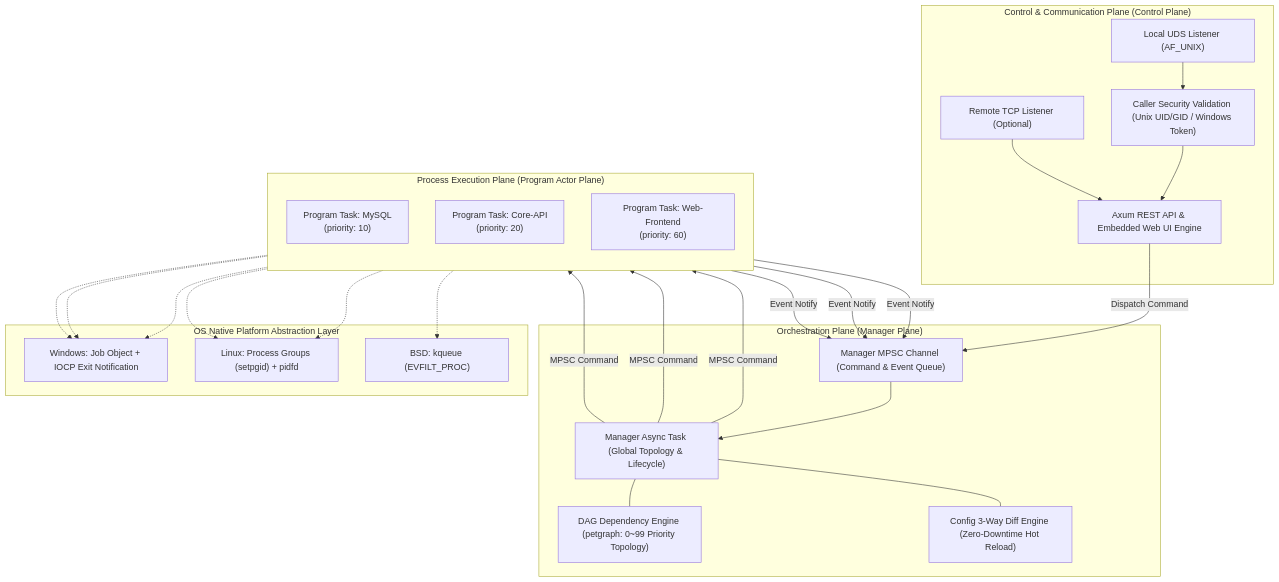
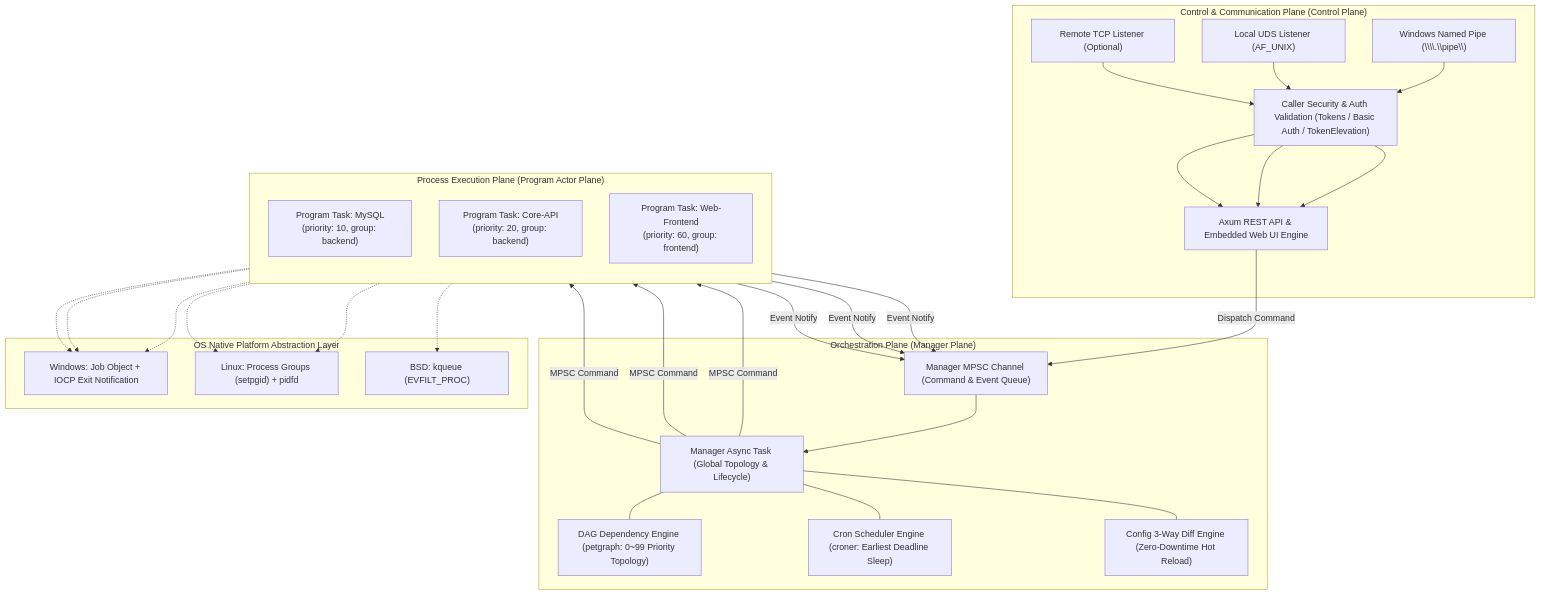
One commit to spritetong/rsupervisord changed the first of 8 diagrams in docs/DESIGN.md. Above: the diagram before and after it, drawn with Mermaid. The commit also changed other lines of this file and 22 other files, not shown here.

````diff
--- a/docs/DESIGN.md
+++ b/docs/DESIGN.md
@@ -33,46 +33,50 @@
 ```mermaid
 flowchart TD
     subgraph ControlPlane ["Control & Communication Plane (Control Plane)"]
+        Pipe["Windows Named Pipe (\\\\.\\pipe\\<cmd_name>)"]
         UDS["Local UDS Listener (AF_UNIX)"]
         TCP["Remote TCP Listener (Optional)"]
         Router["Axum REST API & Embedded Web UI Engine"]
-        PeerSecurity["Caller Security Validation (Unix UID/GID / Windows Token)"]
+        PeerSecurity["Caller Security & Auth Validation (Tokens / Basic Auth / TokenElevation)"]
+        Pipe --> PeerSecurity --> Router
         UDS --> PeerSecurity --> Router
-        TCP --> Router
+        TCP --> PeerSecurity --> Router
     end
 
     subgraph ManagerPlane ["Orchestration Plane (Manager Plane)"]
         ManagerTask["Manager Async Task (Global Topology & Lifecycle)"]
         DAG["DAG Dependency Engine (petgraph: 0~99 Priority Topology)"]
+        CronEngine["Cron Scheduler Engine (croner: Earliest Deadline Sleep)"]
         DiffEngine["Config 3-Way Diff Engine (Zero-Downtime Hot Reload)"]
         ManagerInbox["Manager MPSC Channel (Command & Event Queue)"]
         ManagerTask --- DAG
+        ManagerTask --- CronEngine
         ManagerTask --- DiffEngine
         Router -->|Dispatch Command| ManagerInbox --> ManagerTask
     end
 
     subgraph ProgramPlane ["Process Execution Plane (Program Actor Plane)"]
         direction TB
-        ProgramA["Program Task: MySQL\n(priority: 10)"]
-        ProgramB["Program Task: Core-API\n(priority: 20)"]
-        ProgramC["Program Task: Web-Frontend\n(priority: 60)"]
+        ProgramA["Program Task: MySQL\n(priority: 10, group: backend)"]
+        ProgramB["Program Task: Core-API\n(priority: 20, group: backend)"]
+        ProgramC["Program Task: Web-Frontend\n(priority: 60, group: frontend)"]
         
         ManagerTask -->|MPSC Command| ProgramA
         ManagerTask -->|MPSC Command| ProgramB
         ManagerTask -->|MPSC Command| ProgramC
         
         ProgramA -->|Event Notify| ManagerInbox
         ProgramB -->|Event Notify| ManagerInbox
         ProgramC -->|Event Notify| ManagerInbox
     end
 
     subgraph OSPlatform ["OS Native Platform Abstraction Layer"]
         WinJob["Windows: Job Object + IOCP Exit Notification"]
         PosixGroups["Linux: Process Groups (setpgid) + pidfd"]
         PosixBsd["BSD: kqueue (EVFILT_PROC)"]
     end
 
     ProgramA -.-> WinJob & PosixGroups
     ProgramB -.-> WinJob & PosixGroups
     ProgramC -.-> WinJob & PosixBsd
 ```
````
